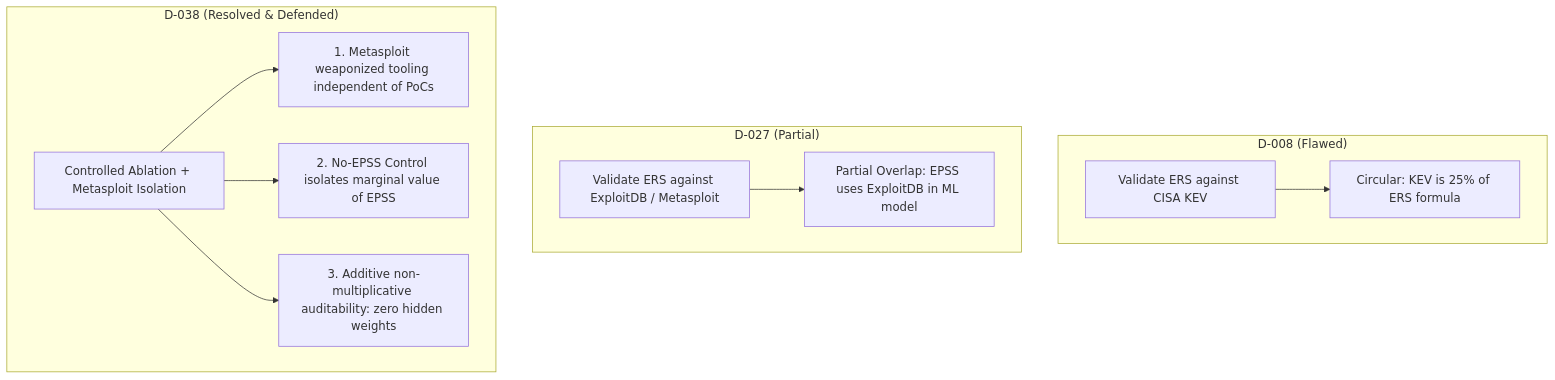
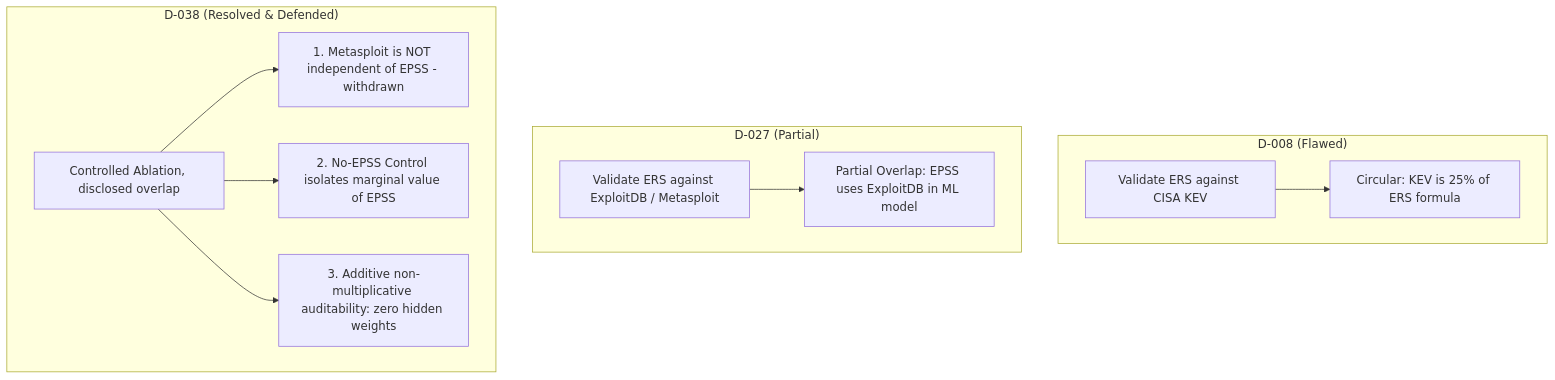
Before and after one commit to AyushmaanNaruka/SeekThreat: the diagram in docs/mayank_implementation/task4_level2_work.md, drawn with Mermaid. The commit also changed other lines of this file and 67 other files, not shown here.

````diff
--- a/docs/mayank_implementation/task4_level2_work.md
+++ b/docs/mayank_implementation/task4_level2_work.md
@@ -30,14 +32,14 @@
 ```mermaid
 graph TD
     subgraph "D-008 (Flawed)"
         V1[Validate ERS against CISA KEV] --> C1[Circular: KEV is 25% of ERS formula]
     end
     subgraph "D-027 (Partial)"
         V2[Validate ERS against ExploitDB / Metasploit] --> C2[Partial Overlap: EPSS uses ExploitDB in ML model]
     end
     subgraph "D-038 (Resolved & Defended)"
-        V3[Controlled Ablation + Metasploit Isolation] --> R1[1. Metasploit weaponized tooling independent of PoCs]
+        V3[Controlled Ablation, disclosed overlap] --> R1[1. Metasploit is NOT independent of EPSS - withdrawn]
         V3 --> R2[2. No-EPSS Control isolates marginal value of EPSS]
         V3 --> R3[3. Additive non-multiplicative auditability: zero hidden weights]
     end
 ```
````
